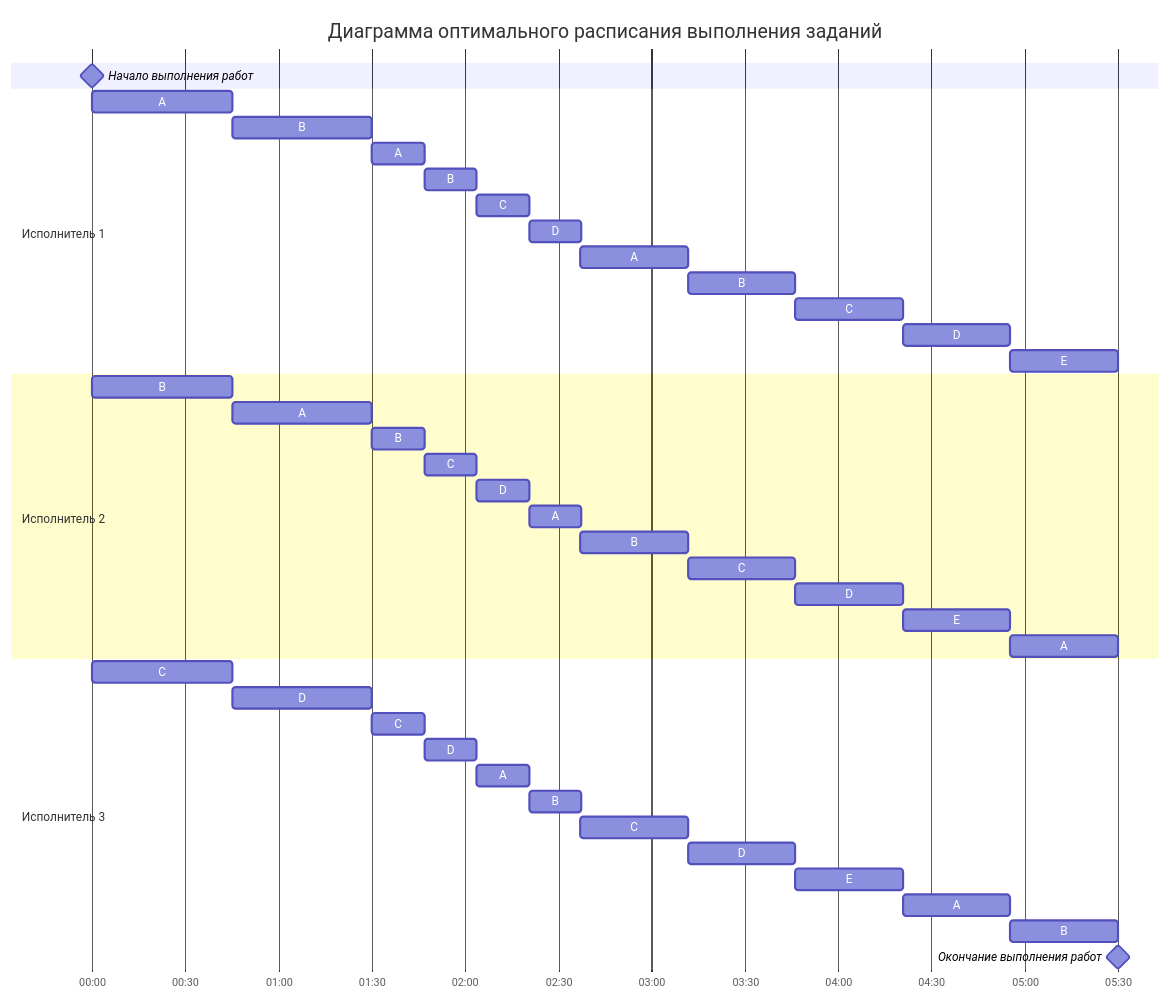
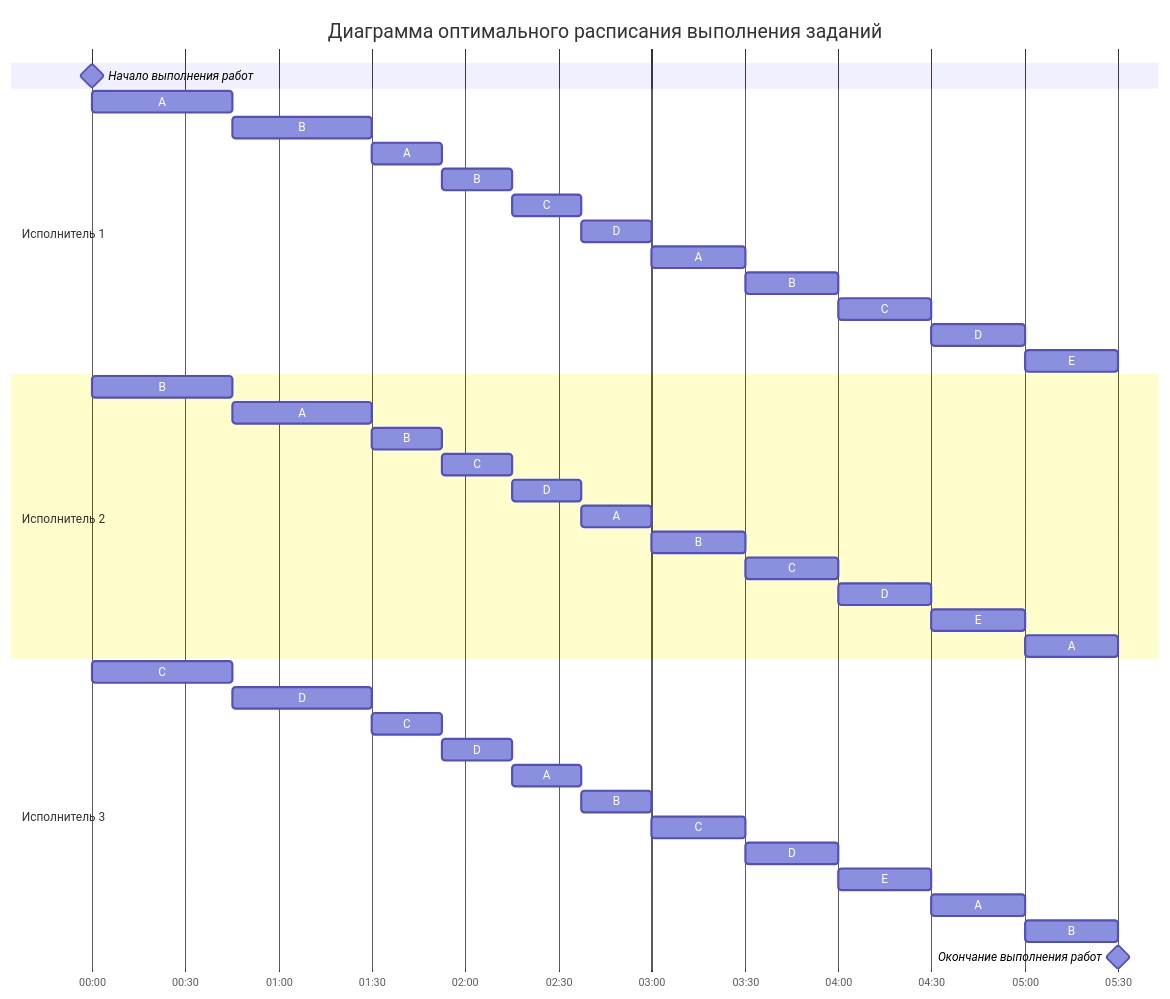
The third of 3 diagrams in Задание 5/syndicate.md (algos-ris-24-3/manual-tasks), drawn with Mermaid before and after one commit. The commit also changed other lines of this file, not shown here.

Commit message:
corrected version v2

````diff
--- a/Задание 5/syndicate.md
+++ b/Задание 5/syndicate.md
@@ -167,44 +167,44 @@
 ```mermaid
 gantt
     title Диаграмма оптимального расписания выполнения заданий
     dateFormat DD HH:mm    
     axisFormat %H:%M
     Начало выполнения работ : milestone, m1, 01 00:00, 0h
     section Исполнитель 1
     A         :a1, 01 00:00, 0.75h
     B         :a2, after a1, 0.75h
-    A         :a3, 01 01:30, 0.28125h
-    B         :a4, after a3, 0.28125h
-    C         :a5, after a4, 0.28125h
-    D         :a6, after a5, 0.28125h
-    A         :a7, 01 02:37, 0.5767h
-    B         :a8, after a7, 0.5767h
-    C         :a9, after a8, 0.5767h
-    D         :a10, after a9, 0.5767h
-    E         :a11, after a10, 0.5767h
+    A         :a3, 01 01:30, 0.375h
+    B         :a4, after a3, 0.375h
+    C         :a5, after a4, 0.375h
+    D         :a6, after a5, 0.375h
+    A         :a7, 01 03:00, 0.5h
+    B         :a8, after a7, 0.5h
+    C         :a9, after a8, 0.5h
+    D         :a10, after a9, 0.5h
+    E         :a11, after a10, 0.5h
     section Исполнитель 2
     B         :b1, 01 00:00, 0.75h
     A         :b2, after b1, 0.75h
-    B         :b3, 01 01:30, 0.28125h
-    C         :b4, after b3, 0.28125h
-    D         :b5, after b4, 0.28125h
-    A         :b6, after b5, 0.28125h
-    B         :b7, 01 02:37, 0.5767h
-    C         :b8, after b7, 0.5767h
-    D         :b9, after b8, 0.5767h
-    E         :b10, after b9, 0.5767h
-    A         :b11, after b10, 0.5767h
+    B         :b3, 01 01:30, 0.375h
+    C         :b4, after b3, 0.375h
+    D         :b5, after b4, 0.375h
+    A         :b6, after b5, 0.375h
+    B         :b7, 01 03:00, 0.5h
+    C         :b8, after b7, 0.5h
+    D         :b9, after b8, 0.5h
+    E         :b10, after b9, 0.5h
+    A         :b11, after b10, 0.5h
     section Исполнитель 3
     C         :c1, 01 00:00, 0.75h
     D         :c2, after b1, 0.75h
-    C         :c3, 01 01:30, 0.28125h
-    D         :c4, after c3, 0.28125h
-    A         :c5, after c4, 0.28125h
-    B         :c6, after c5, 0.28125h
-    C         :c7, 01 02:37, 0.5767h
-    D         :c8, after c7, 0.5767h
-    E         :c9, after c8, 0.5767h
-    A         :c10, after c9, 0.5767h
-    B         :c11, after c10, 0.5767h
+    C         :c3, 01 01:30, 0.375h
+    D         :c4, after c3, 0.375h
+    A         :c5, after c4, 0.375h
+    B         :c6, after c5, 0.375h
+    C         :c7, 01 03:00, 0.5h
+    D         :c8, after c7, 0.5h
+    E         :c9, after c8, 0.5h
+    A         :c10, after c9, 0.5h
+    B         :c11, after c10, 0.5h
     Окончание выполнения работ : milestone, m2, 01 05:30, 0h
 ```
````
